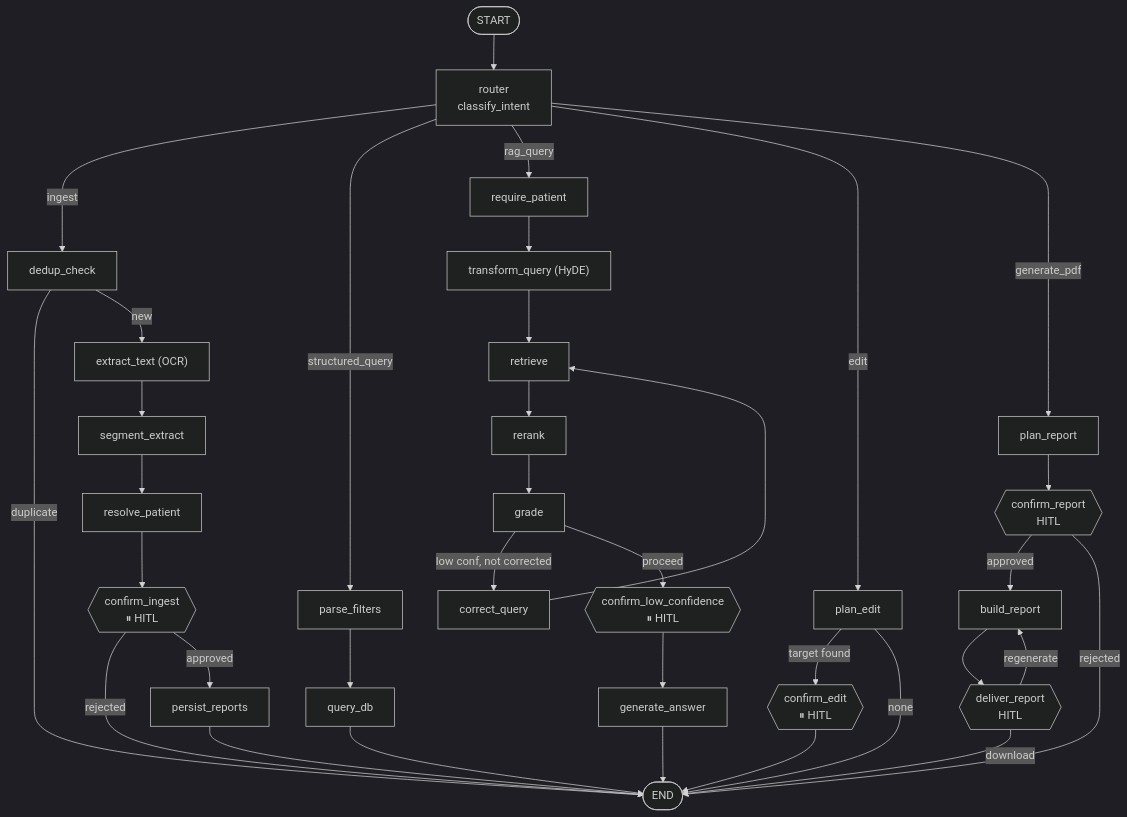
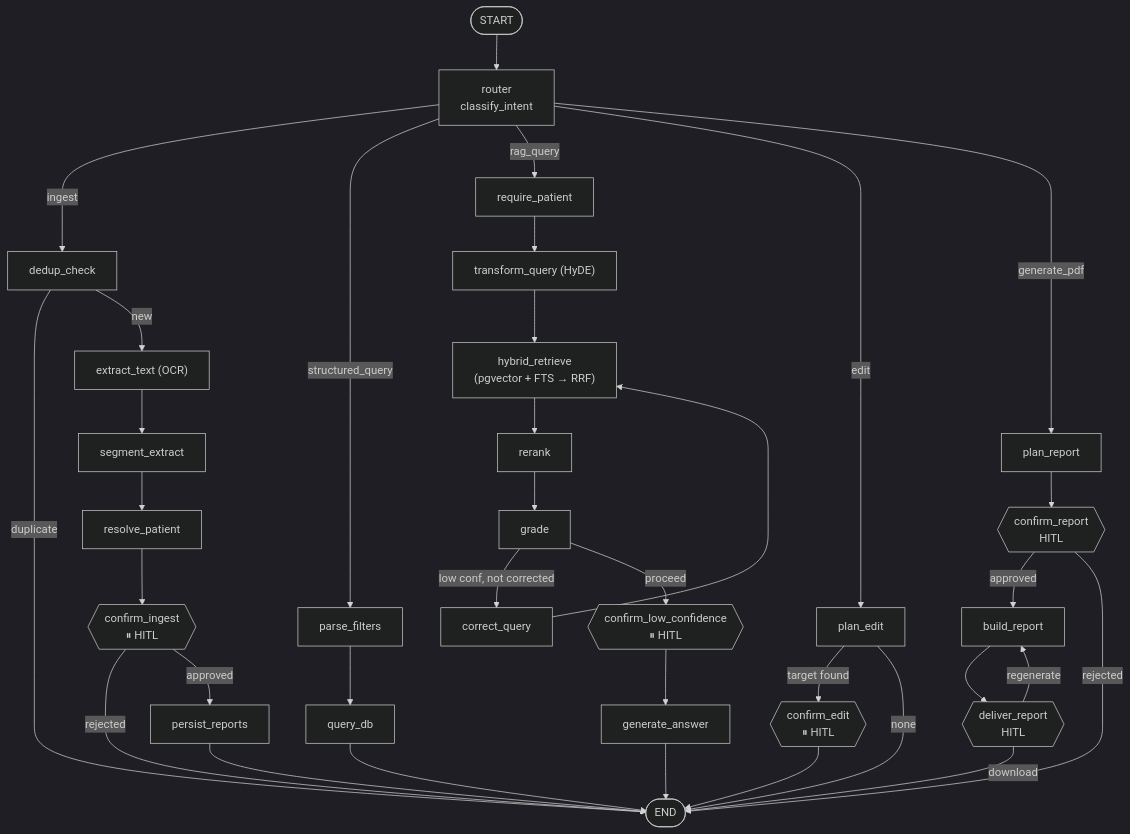
Before and after one commit to shyan23/keeper: the second of 7 diagrams in README.md, drawn with Mermaid (dark theme). The commit also changed other lines of this file and 13 other files, not shown here.

Commit message:
GRAPH: BOTH UI AND DB

````diff
--- a/README.md
+++ b/README.md
@@ -182,48 +214,48 @@
 ```mermaid
 flowchart TD
     START([START]) --> ROUTER["router<br/>classify_intent"]
 
     ROUTER -->|ingest| DEDUP["dedup_check"]
     ROUTER -->|structured_query| PF["parse_filters"]
     ROUTER -->|rag_query| RP["require_patient"]
     ROUTER -->|edit| PE["plan_edit"]
     ROUTER -->|generate_pdf| REP["plan_report"]
 
     %% Ingest chain
     DEDUP -->|duplicate| ENDX([END])
     DEDUP -->|new| XT["extract_text (OCR)"]
     XT --> SEG["segment_extract"]
     SEG --> RES["resolve_patient"]
     RES --> CI{{"confirm_ingest<br/>⏸ HITL"}}
     CI -->|rejected| ENDX
     CI -->|approved| PR["persist_reports"]
     PR --> ENDX
 
     %% Structured chain
     PF --> QDB["query_db"]
     QDB --> ENDX
 
     %% Edit chain
     PE -->|target found| CE{{"confirm_edit<br/>⏸ HITL"}}
     PE -->|none| ENDX
     CE --> ENDX
 
     %% Report chain
     REP --> CR{{"confirm_report<br/>HITL"}}
     CR -->|approved| BR["build_report"]
     CR -->|rejected| ENDX
     BR --> DR{{"deliver_report<br/>HITL"}}
     DR -->|download| ENDX
     DR -->|regenerate| BR
 
     %% RAG chain
     RP --> TQ["transform_query (HyDE)"]
-    TQ --> RET["retrieve"]
+    TQ --> RET["hybrid_retrieve<br/>(pgvector + FTS → RRF)"]
     RET --> RR["rerank"]
     RR --> GR["grade"]
     GR -->|low conf, not corrected| CQ["correct_query"]
     GR -->|proceed| CLC{{"confirm_low_confidence<br/>⏸ HITL"}}
     CQ --> RET
     CLC --> GA["generate_answer"]
     GA --> ENDX
 ```
````
